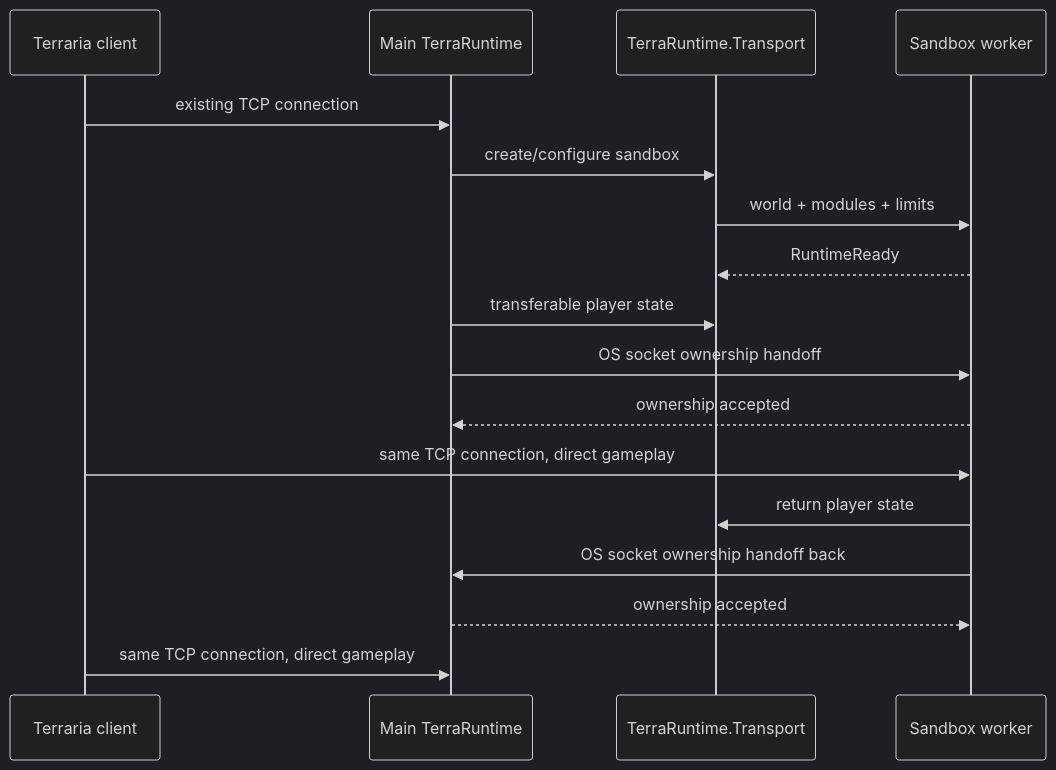
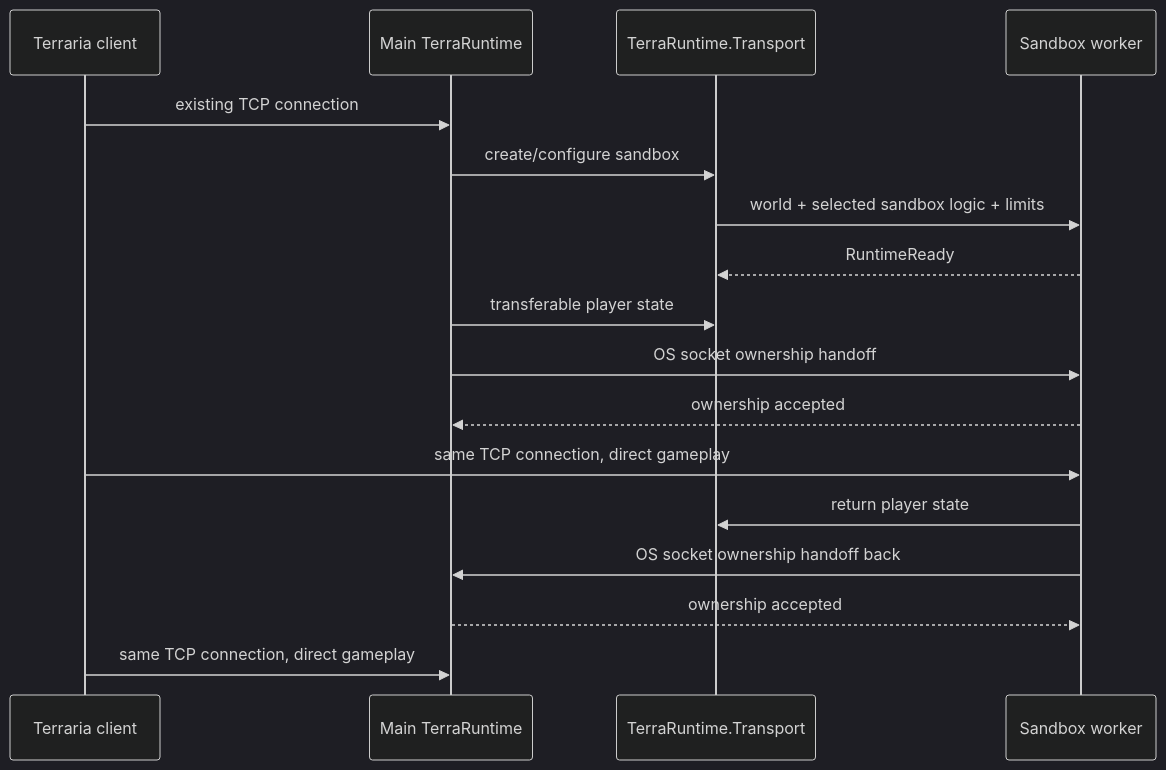
Before and after one commit to VegaKernel/TerraRuntime: the fifth of 5 diagrams in docs/roadmap/sandbox/README.md, drawn with Mermaid (dark theme). The commit also changed other lines of this file, not shown here.

Commit message:
Define complete Level 1 sandbox isolation model

````diff
--- a/docs/roadmap/sandbox/README.md
+++ b/docs/roadmap/sandbox/README.md
@@ -27,20 +106,20 @@
 ```mermaid
 sequenceDiagram
     participant C as Terraria client
     participant M as Main TerraRuntime
     participant T as TerraRuntime.Transport
     participant W as Sandbox worker
 
     C->>M: existing TCP connection
     M->>T: create/configure sandbox
-    T->>W: world + modules + limits
+    T->>W: world + selected sandbox logic + limits
     W-->>T: RuntimeReady
     M->>T: transferable player state
     M->>W: OS socket ownership handoff
     W-->>M: ownership accepted
     C->>W: same TCP connection, direct gameplay
     W->>T: return player state
     W->>M: OS socket ownership handoff back
     M-->>W: ownership accepted
     C->>M: same TCP connection, direct gameplay
 ```
````
